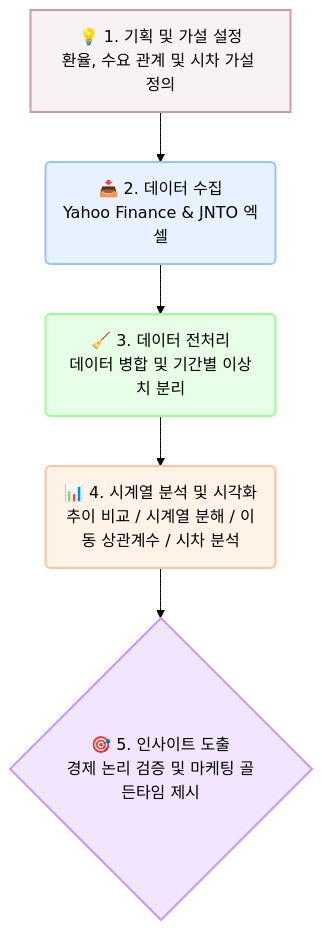
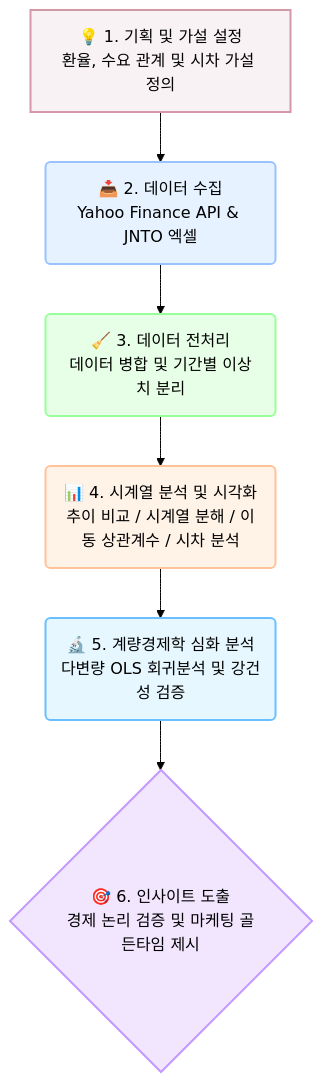
One commit to mustiolla/japan-travel-analysis changed the diagram in README.md. Above: the diagram before and after it, drawn with Mermaid (forest theme). The commit also changed other lines of this file and 3 other files, not shown here.

````diff
--- a/README.md
+++ b/README.md
@@ -10,14 +11,15 @@
 ```mermaid
 graph TD
-    A[💡 1. 기획 및 가설 설정<br>환율, 수요 관계 및 시차 가설 정의] --> B(📥 2. 데이터 수집<br>Yahoo Finance & JNTO 엑셀)
+    A[💡 1. 기획 및 가설 설정<br>환율, 수요 관계 및 시차 가설 정의] --> B(📥 2. 데이터 수집<br>Yahoo Finance API & JNTO 엑셀)
     B --> C(🧹 3. 데이터 전처리<br>데이터 병합 및 기간별 이상치 분리)
     C --> D(📊 4. 시계열 분석 및 시각화<br>추이 비교 / 시계열 분해 / 이동 상관계수 / 시차 분석)
-    D --> E{🎯 5. 인사이트 도출<br>경제 논리 검증 및 마케팅 골든타임 제시}
+    D --> E(🔬 5. 계량경제학 심화 분석<br>다변량 OLS 회귀분석 및 강건성 검증)
+    E --> F{🎯 6. 인사이트 도출<br>경제 논리 검증 및 마케팅 골든타임 제시}
 
     style A fill:#f9f2f4,stroke:#d398a7,stroke-width:2px
     style B fill:#e6f2ff,stroke:#99c2ff,stroke-width:2px
     style C fill:#e6ffe6,stroke:#99ff99,stroke-width:2px
     style D fill:#fff2e6,stroke:#ffc299,stroke-width:2px
-    style E fill:#f2e6ff,stroke:#c299ff,stroke-width:2px
-
+    style E fill:#e6f7ff,stroke:#69c0ff,stroke-width:2px
+    style F fill:#f2e6ff,stroke:#c299ff,stroke-width:2px
 ```
````
